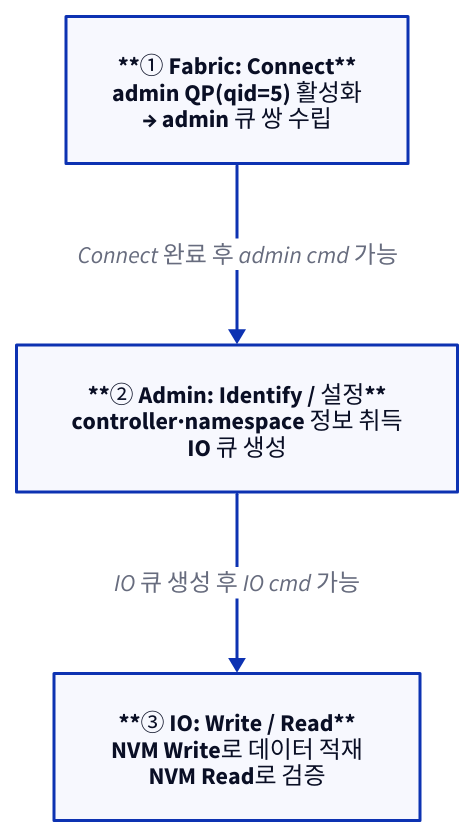
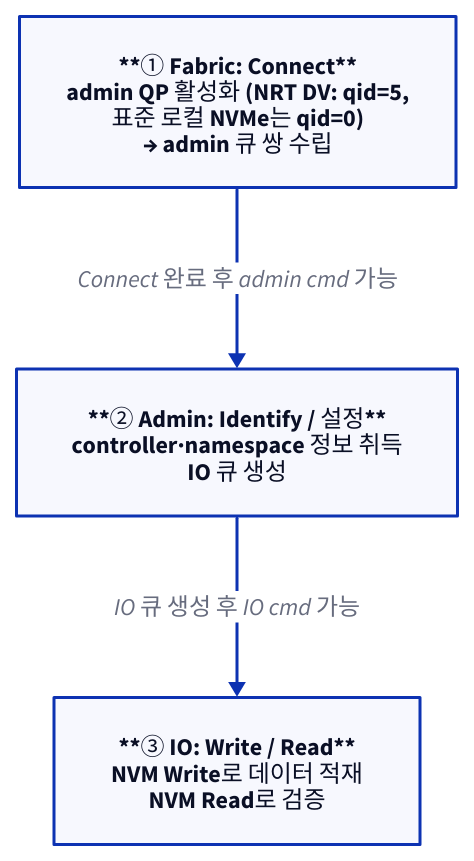
The second of 2 diagrams in starlight_site/src/content/docs/nvme/03_command_set_admin_io_fabric.md (humbleowl39/DV_SKOOL), drawn with D2 before and after one commit. The commit also changed 108 other files, not shown here.

````diff
--- a/starlight_site/src/content/docs/nvme/03_command_set_admin_io_fabric.md
+++ b/starlight_site/src/content/docs/nvme/03_command_set_admin_io_fabric.md
@@ -63,9 +63,9 @@
 ```d2
 direction: down
 
-S1: "**① Fabric: Connect**\nadmin QP(qid=5) 활성화\n→ admin 큐 쌍 수립"
+S1: "**① Fabric: Connect**\nadmin QP 활성화 (NRT DV: qid=5,\n표준 로컬 NVMe는 qid=0)\n→ admin 큐 쌍 수립"
 S2: "**② Admin: Identify / 설정**\ncontroller·namespace 정보 취득\nIO 큐 생성"
 S3: "**③ IO: Write / Read**\nNVM Write로 데이터 적재\nNVM Read로 검증"
 S1 -> S2: "Connect 완료 후 admin cmd 가능"
 S2 -> S3: "IO 큐 생성 후 IO cmd 가능"
 ```
````
